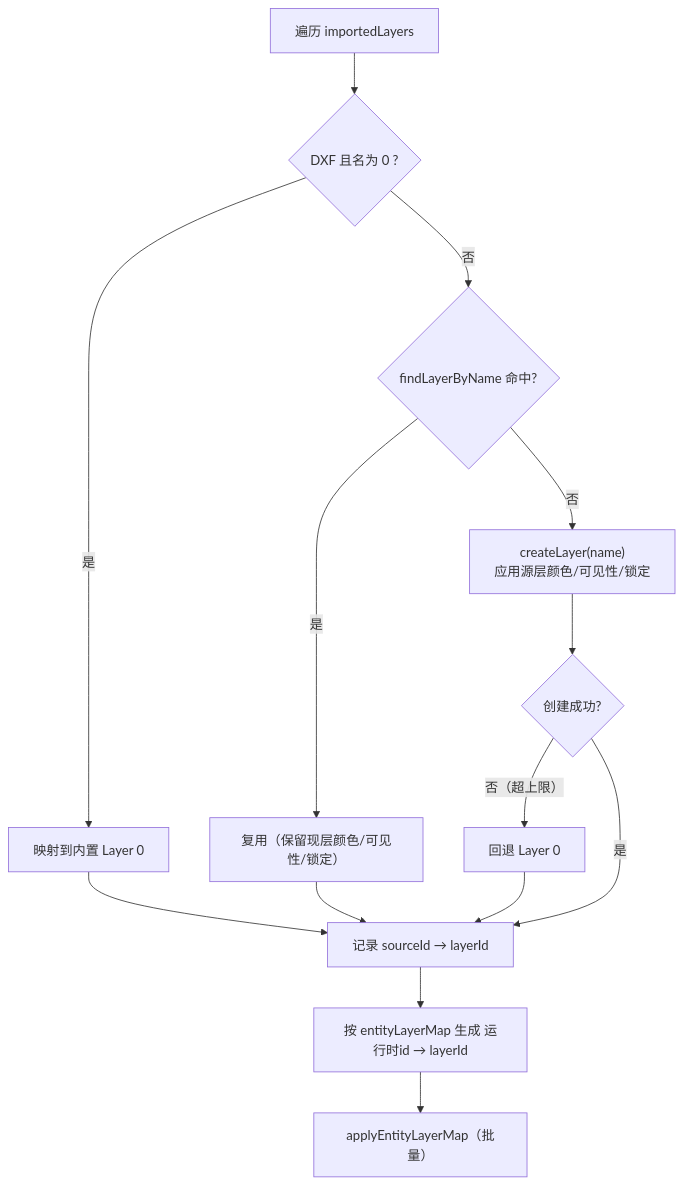
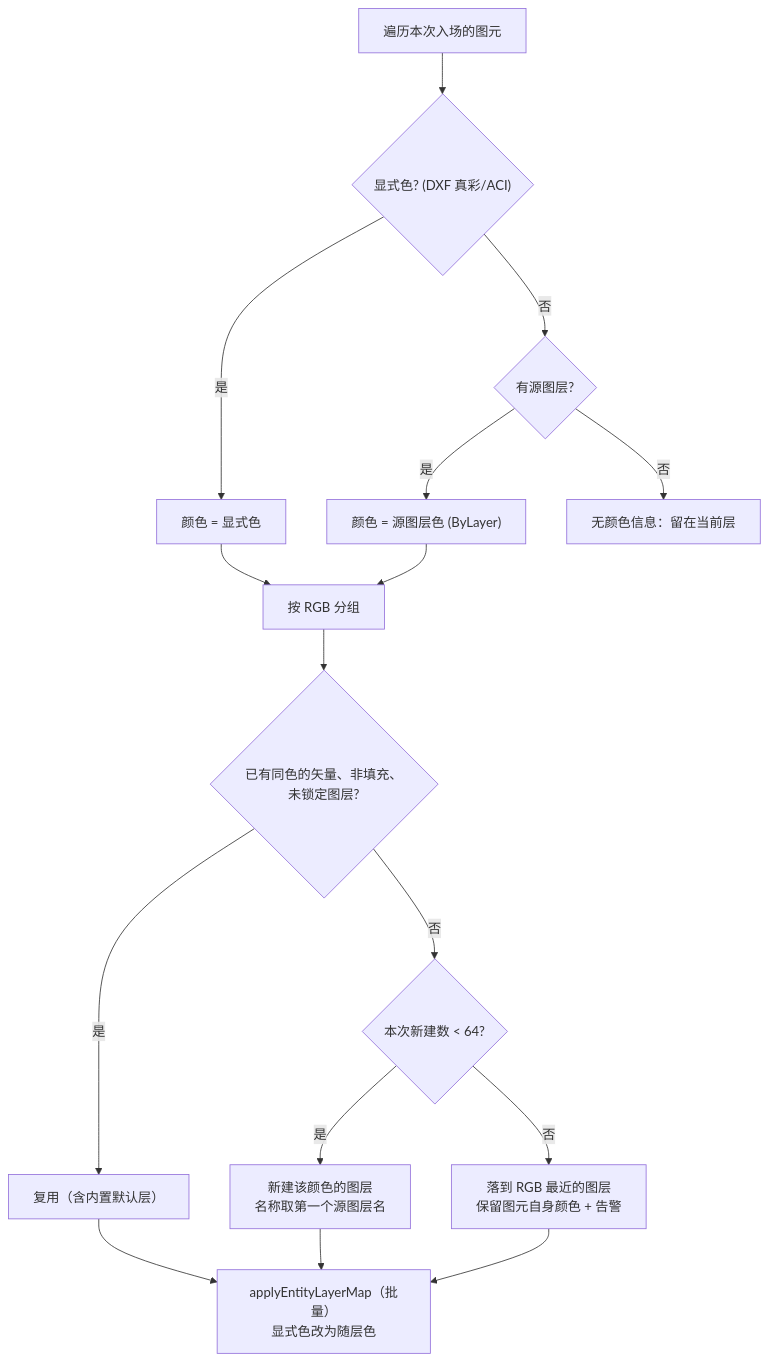
One commit to yulinxx/CAD changed the eighth of 12 diagrams in Docs/01-当前架构/图层.md. Above: the diagram before and after it, drawn with Mermaid. The commit also changed other lines of this file and 73 other files, not shown here.

First line of the commit message:
refactor: ImportResult 统一承载原生 .apr 图层语义, 移除 LayerPersistenceBridge 旧方案

````diff
--- a/Docs/01-当前架构/图层.md
+++ b/Docs/01-当前架构/图层.md
@@ -319,16 +368,18 @@
 ```mermaid
 flowchart TD
-    A["遍历 importedLayers"] --> B{"DXF 且名为 0 ?"}
-    B -- 是 --> C["映射到内置 Layer 0"]
-    B -- 否 --> D{"findLayerByName 命中?"}
-    D -- 是 --> E["复用（保留现层颜色/可见性/锁定）"]
-    D -- 否 --> F["createLayer(name)<br/>应用源层颜色/可见性/锁定"]
-    F --> G{"创建成功?"}
-    G -- 否（超上限） --> H["回退 Layer 0"]
-    G -- 是 --> I["记录 sourceId → layerId"]
-    C --> I
-    E --> I
-    H --> I
-    I --> J["按 entityLayerMap 生成 运行时id → layerId"]
-    J --> K["applyEntityLayerMap（批量）"]
+    A["遍历本次入场的图元"] --> B{"显式色? (DXF 真彩/ACI)"}
+    B -- 是 --> C["颜色 = 显式色"]
+    B -- 否 --> D{"有源图层?"}
+    D -- 是 --> E["颜色 = 源图层色 (ByLayer)"]
+    D -- 否 --> X["无颜色信息：留在当前层"]
+    C --> G["按 RGB 分组"]
+    E --> G
+    G --> H{"已有同色的矢量、非填充、未锁定图层?"}
+    H -- 是 --> I["复用（含内置默认层）"]
+    H -- 否 --> J{"本次新建数 < 64?"}
+    J -- 是 --> K["新建该颜色的图层<br/>名称取第一个源图层名"]
+    J -- 否 --> L["落到 RGB 最近的图层<br/>保留图元自身颜色 + 告警"]
+    I --> M["applyEntityLayerMap（批量）<br/>显式色改为随层色"]
+    K --> M
+    L --> M
 ```
````
